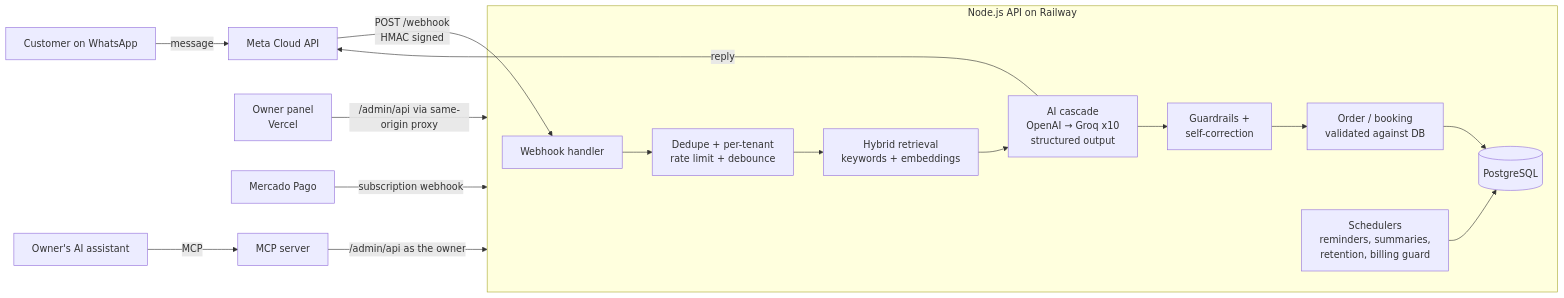
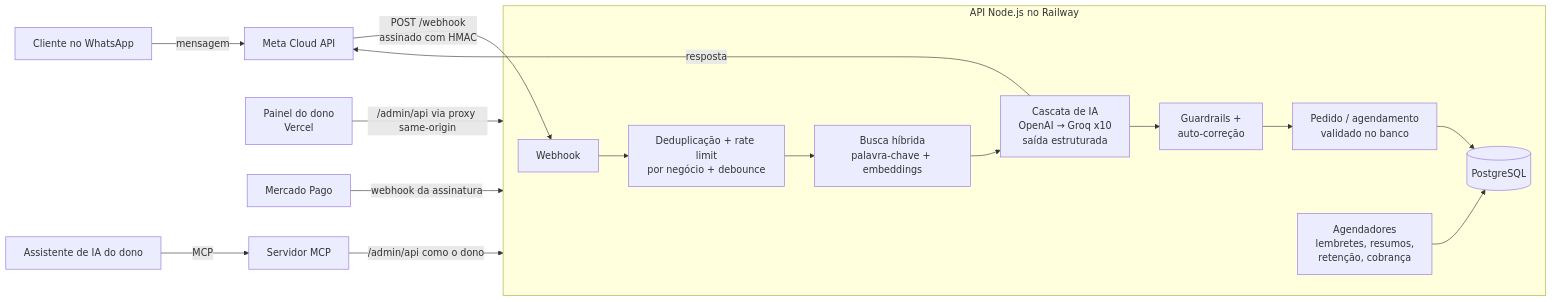
One commit to darkslipx/zapsync-showcase changed the diagram in README.md. Above: the diagram before and after it, drawn with Mermaid. The commit also changed other lines of this file, not shown here.

Commit message:
README: português como idioma padrão, com botão para o inglês

````diff
--- a/README.md
+++ b/README.md
@@ -46,18 +46,18 @@
 ```mermaid
 flowchart LR
-  C[Customer on WhatsApp] -->|message| M[Meta Cloud API]
-  M -->|POST /webhook<br/>HMAC signed| W[Webhook handler]
-  subgraph API[Node.js API on Railway]
-    W --> D[Dedupe + per-tenant<br/>rate limit + debounce]
-    D --> R[Hybrid retrieval<br/>keywords + embeddings]
-    R --> AI[AI cascade<br/>OpenAI → Groq x10<br/>structured output]
-    AI --> G[Guardrails +<br/>self-correction]
-    G --> X[Order / booking<br/>validated against DB]
+  C[Cliente no WhatsApp] -->|mensagem| M[Meta Cloud API]
+  M -->|POST /webhook<br/>assinado com HMAC| W[Webhook]
+  subgraph API[API Node.js no Railway]
+    W --> D[Deduplicação + rate limit<br/>por negócio + debounce]
+    D --> R[Busca híbrida<br/>palavra-chave + embeddings]
+    R --> AI[Cascata de IA<br/>OpenAI → Groq x10<br/>saída estruturada]
+    AI --> G[Guardrails +<br/>auto-correção]
+    G --> X[Pedido / agendamento<br/>validado no banco]
     X --> DB[(PostgreSQL)]
-    S[Schedulers<br/>reminders, summaries,<br/>retention, billing guard] --> DB
+    S[Agendadores<br/>lembretes, resumos,<br/>retenção, cobrança] --> DB
   end
-  AI -->|reply| M
-  P[Owner panel<br/>Vercel] -->|/admin/api via same-origin proxy| API
-  MP[Mercado Pago] -->|subscription webhook| API
-  O[Owner's AI assistant] -->|MCP| MC[MCP server] -->|/admin/api as the owner| API
+  AI -->|resposta| M
+  P[Painel do dono<br/>Vercel] -->|/admin/api via proxy same-origin| API
+  MP[Mercado Pago] -->|webhook da assinatura| API
+  O[Assistente de IA do dono] -->|MCP| MC[Servidor MCP] -->|/admin/api como o dono| API
 ```
````
